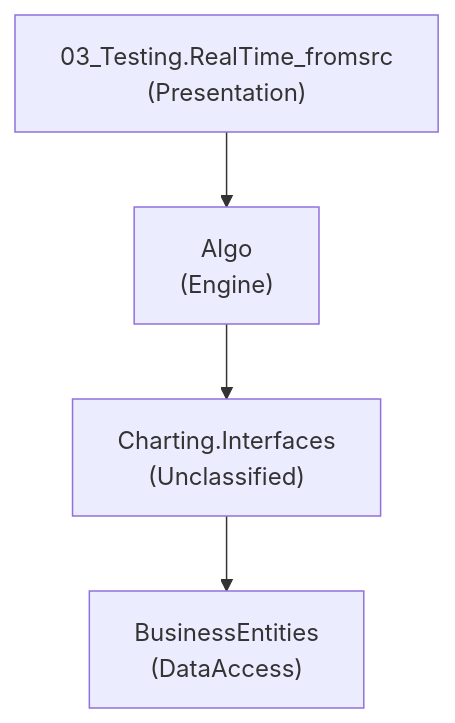
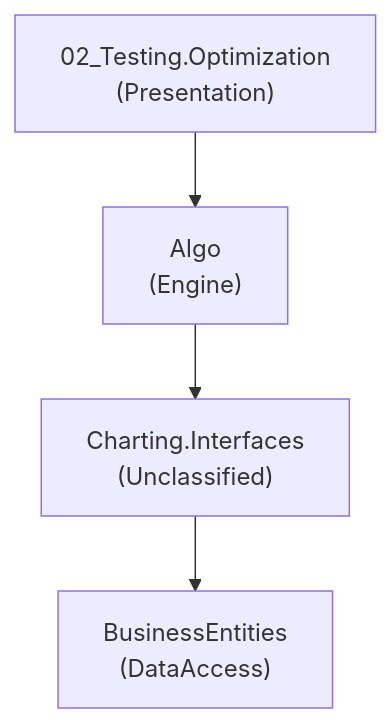
One commit to GanizaniSitara/tools-static-analysis changed the diagram in output-stocksharp/docs/diagrams/flow-path-8.mmd. Above: the diagram before and after it, drawn with Mermaid. The commit also changed 27 other files, not shown here.

```diff
--- a/output-stocksharp/docs/diagrams/flow-path-8.mmd
+++ b/output-stocksharp/docs/diagrams/flow-path-8.mmd
@@ -1,8 +1,8 @@
 graph TD
-    03_Testing_RealTime_fromsrc["03_Testing.RealTime_fromsrc\n(Presentation)"]
+    02_Testing_Optimization["02_Testing.Optimization\n(Presentation)"]
     Algo["Algo\n(Engine)"]
-    03_Testing_RealTime_fromsrc --> Algo
+    02_Testing_Optimization --> Algo
     Charting_Interfaces["Charting.Interfaces\n(Unclassified)"]
     Algo --> Charting_Interfaces
     BusinessEntities["BusinessEntities\n(DataAccess)"]
     Charting_Interfaces --> BusinessEntities
```
